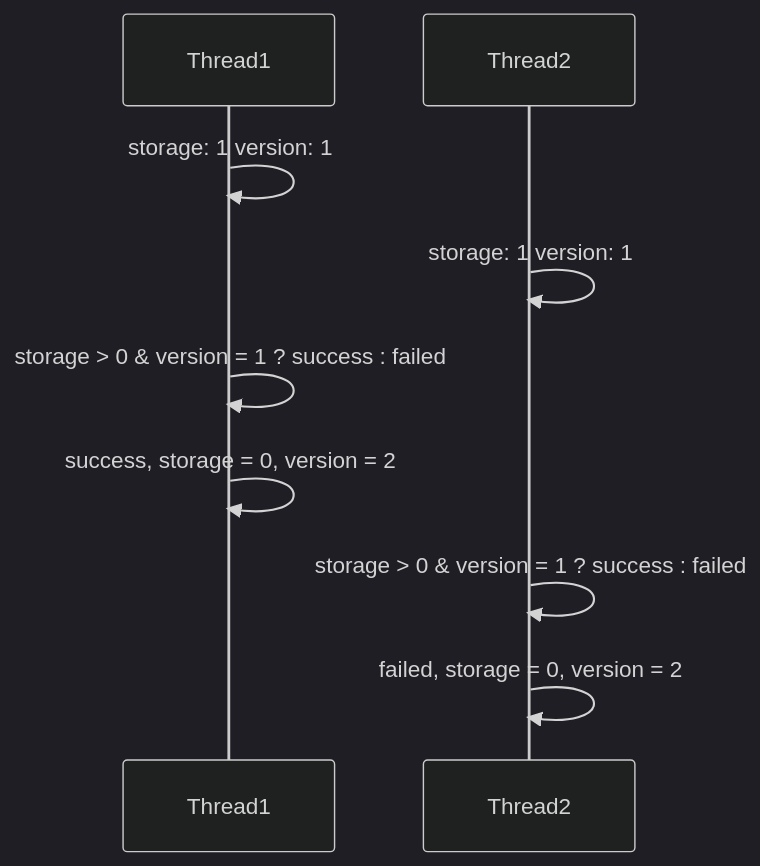
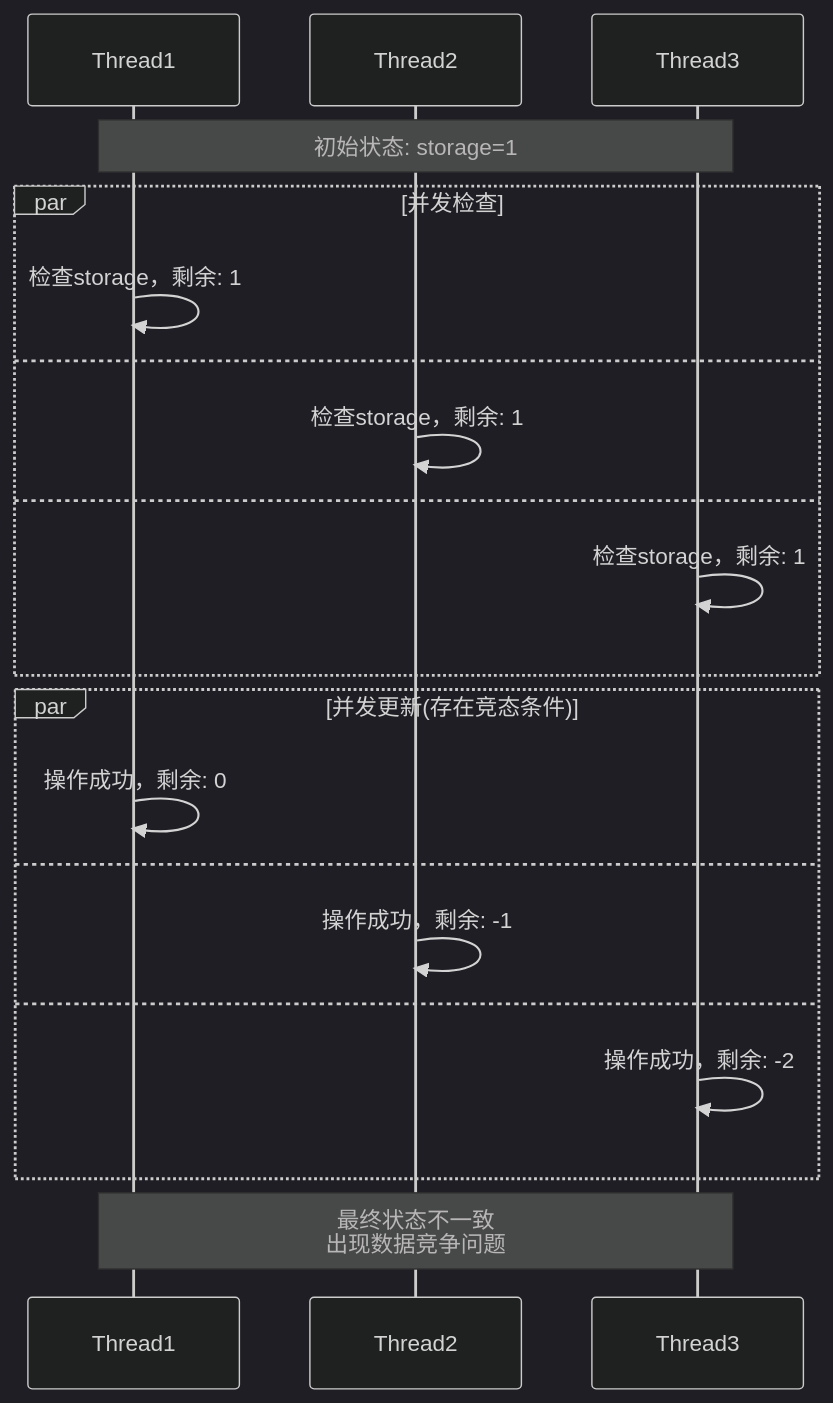
The second of 9 diagrams in source/_posts/redis-2.md (Ivanclf/Ivanclf.github.io), drawn with Mermaid (dark theme) before and after one commit. The commit also changed other lines of this file and 26 other files, not shown here.

````diff
--- a/source/_posts/redis-2.md
+++ b/source/_posts/redis-2.md
@@ -38,12 +38,26 @@
 ```mermaid
 sequenceDiagram
     participant t1 as Thread1
     participant t2 as Thread2
+    participant t3 as Thread3
 
-    t1->>t1: storage: 1 version: 1
-    t2->>t2: storage: 1 version: 1
-    t1->>t1: storage > 0 & version = 1 ? success : failed
-    t1->>t1: success, storage = 0, version = 2
-    t2->>t2: storage > 0 & version = 1 ? success : failed
-    t2->>t2: failed, storage = 0, version = 2
+    Note over t1, t3: 初始状态: storage=1
+
+    par 并发检查
+        t1->>t1: 检查storage，剩余: 1
+    and
+        t2->>t2: 检查storage，剩余: 1
+    and
+        t3->>t3: 检查storage，剩余: 1
+    end
+
+    par 并发更新(存在竞态条件)
+        t1->>t1: 操作成功，剩余: 0
+    and
+        t2->>t2: 操作成功，剩余: -1
+    and
+        t3->>t3: 操作成功，剩余: -2
+    end
+
+    Note over t1, t3: 最终状态不一致<br/>出现数据竞争问题
 ```
````
